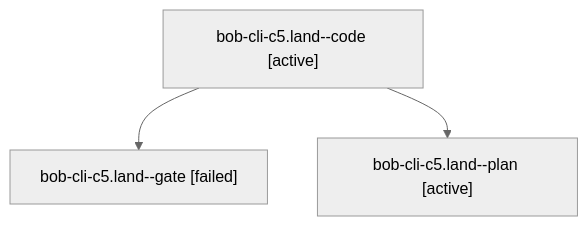
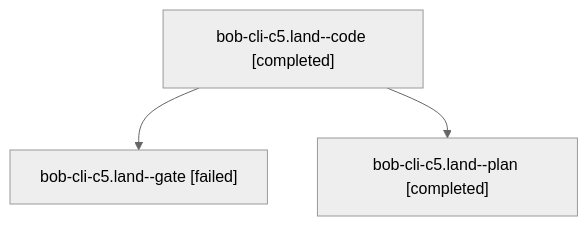
The diagram in sessions/bbugyi200.athena.bob-cli-c5.land.md (bobs-org/bob-cli--agents), drawn with Mermaid (neutral theme) before and after one commit. The commit also changed other lines of this file and 45 other files, not shown here.

````diff
--- a/sessions/bbugyi200.athena.bob-cli-c5.land.md
+++ b/sessions/bbugyi200.athena.bob-cli-c5.land.md
@@ -9,8 +9,8 @@
 ```mermaid
 flowchart TD
-  n0["bob-cli-c5.land--code [active]"]
+  n0["bob-cli-c5.land--code [completed]"]
   n1["bob-cli-c5.land--gate [failed]"]
   n0 --> n1
-  n2["bob-cli-c5.land--plan [active]"]
+  n2["bob-cli-c5.land--plan [completed]"]
   n0 --> n2
 ```
````
